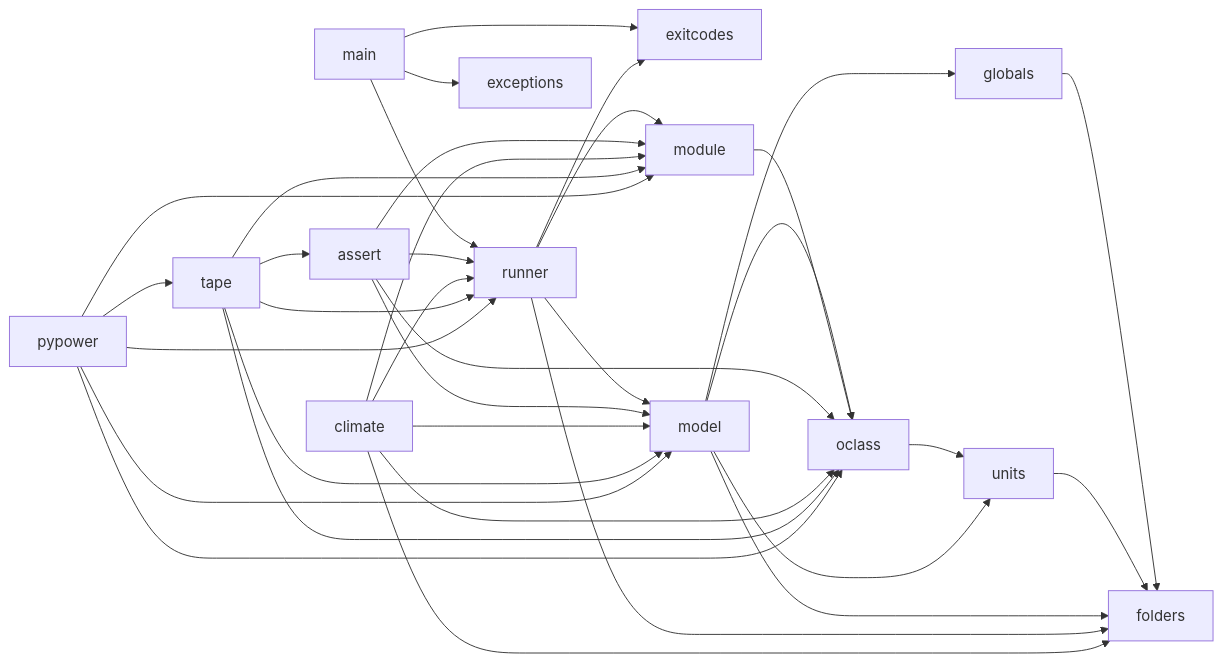
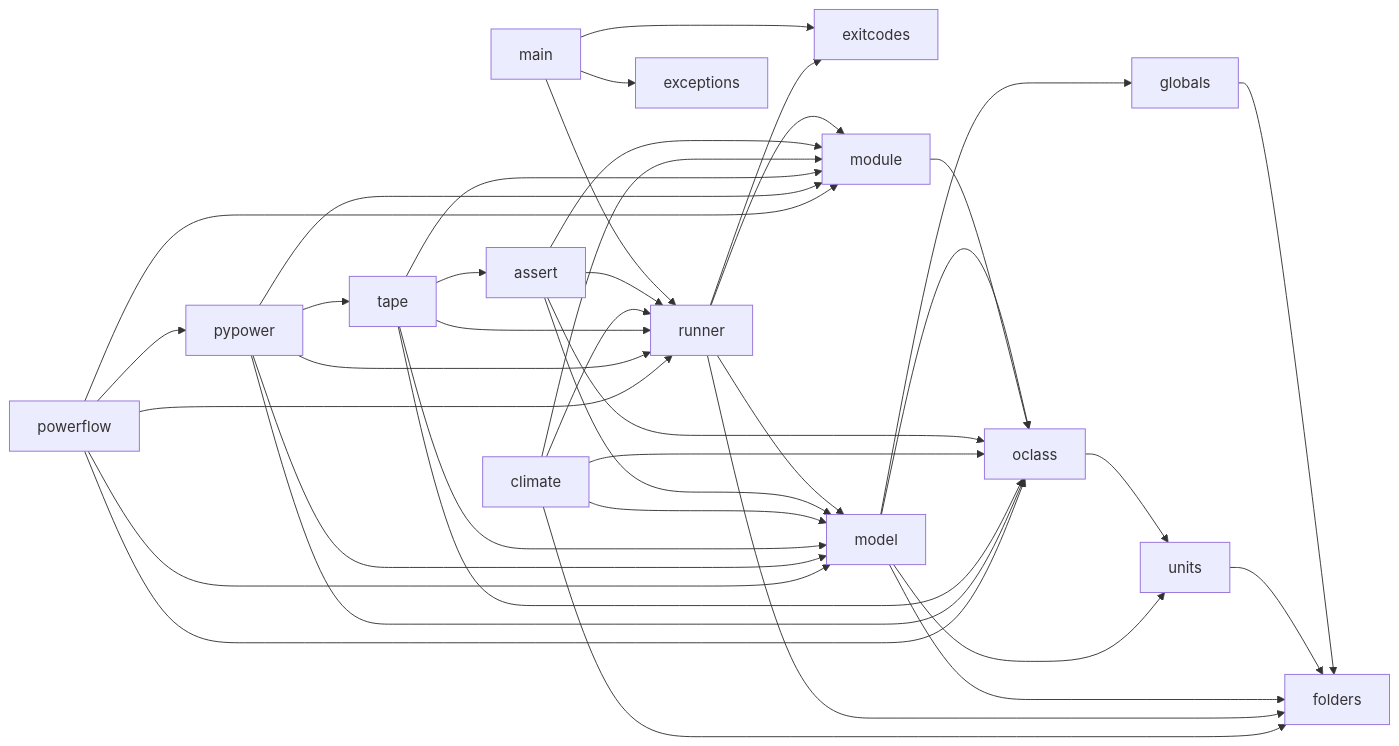
One commit to arras-energy/arras changed the diagram in DESIGN.md. Above: the diagram before and after it, drawn with Mermaid. The commit also changed other lines of this file and 108 other files, not shown here.

First line of the commit message:
Add the gridlabd powerflow module as a Python package (src/powerflow): base classes, fuse, line, and library classes (#59)

````diff
--- a/DESIGN.md
+++ b/DESIGN.md
@@ -352,37 +439,42 @@
 ```mermaid
 flowchart LR
   main --> runner
   main --> exceptions
   main --> exitcodes
   globals --> folders
   units --> folders
   model --> folders
   runner --> folders
   runner --> model
   runner --> exitcodes
   runner --> module
   oclass --> units
   model --> globals
   model --> oclass
   model --> units
   module --> oclass
   assert --> model
   assert --> module
   assert --> oclass
   assert --> runner
   climate --> folders
   climate --> model
   climate --> module
   climate --> oclass
   climate --> runner
   tape --> model
   tape --> module
   tape --> oclass
   tape --> runner
   tape --> assert
   pypower --> model
   pypower --> module
   pypower --> oclass
   pypower --> runner
   pypower --> tape
+  powerflow --> model
+  powerflow --> module
+  powerflow --> oclass
+  powerflow --> runner
+  powerflow --> pypower
 ```
````
